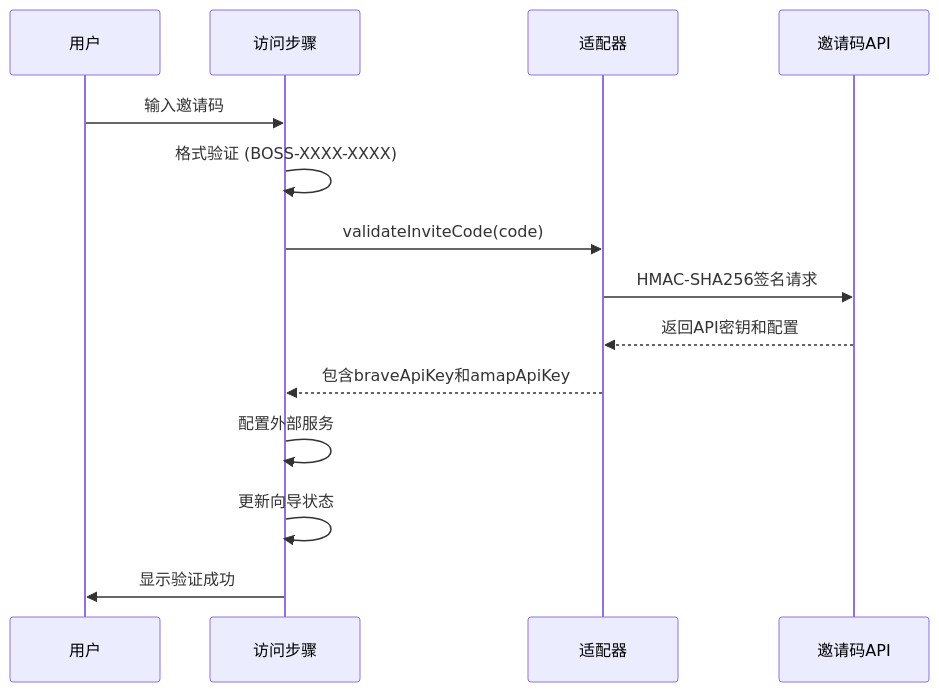
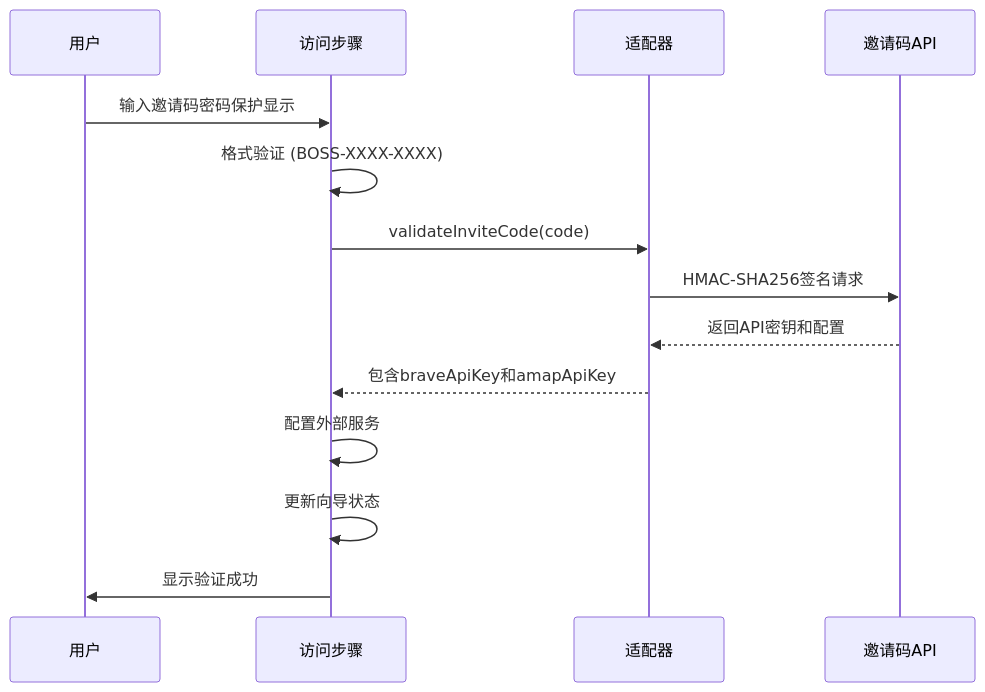
Before and after one commit to verse-ai-org/openclaw: the seventh of 13 diagrams in .qoder/repowiki/zh/content/设置向导集成指南.md, drawn with Mermaid. The commit also changed other lines of this file and 22 other files, not shown here.

````diff
--- a/.qoder/repowiki/zh/content/设置向导集成指南.md
+++ b/.qoder/repowiki/zh/content/设置向导集成指南.md
@@ -414,16 +415,16 @@
 ```mermaid
 sequenceDiagram
 participant User as 用户
 participant AccessStep as 访问步骤
 participant Adapter as 适配器
 participant InviteAPI as 邀请码API
-User->>AccessStep : 输入邀请码
+User->>AccessStep : 输入邀请码密码保护显示
 AccessStep->>AccessStep : 格式验证 (BOSS-XXXX-XXXX)
 AccessStep->>Adapter : validateInviteCode(code)
 Adapter->>InviteAPI : HMAC-SHA256签名请求
 InviteAPI-->>Adapter : 返回API密钥和配置
 Adapter-->>AccessStep : 包含braveApiKey和amapApiKey
 AccessStep->>AccessStep : 配置外部服务
 AccessStep->>AccessStep : 更新向导状态
 AccessStep->>User : 显示验证成功
 ```
````
